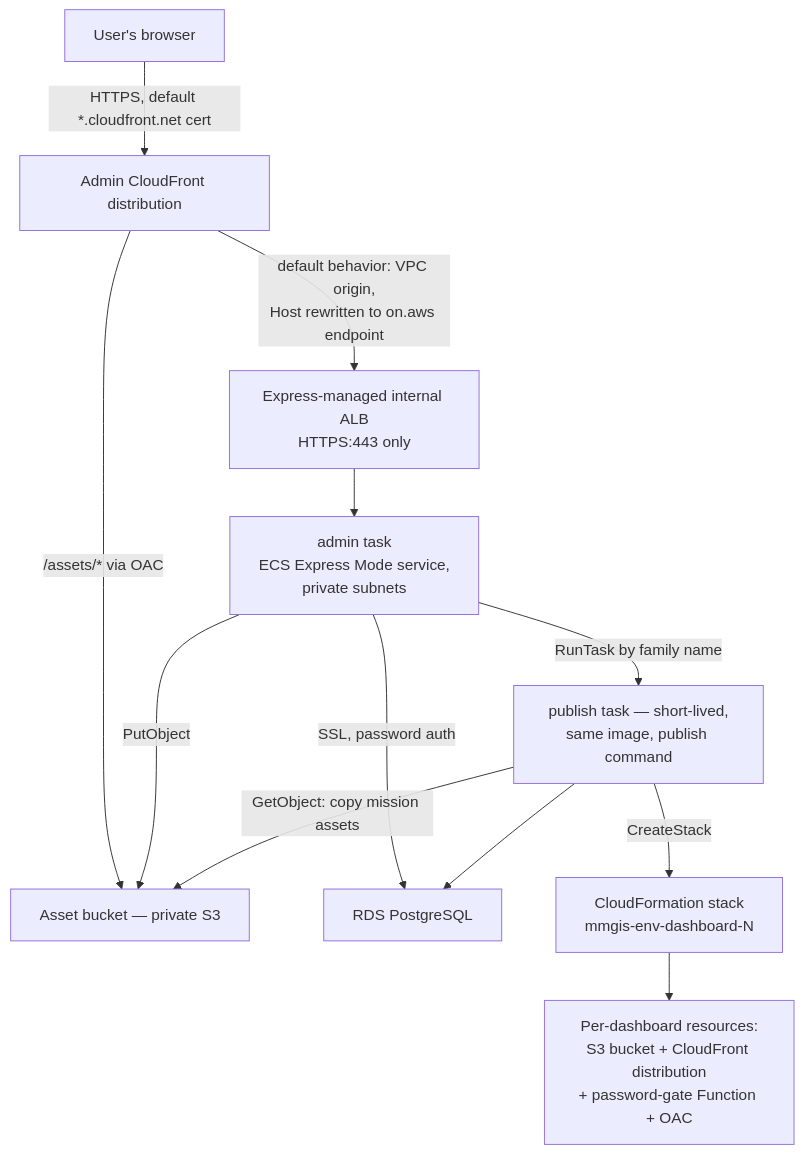
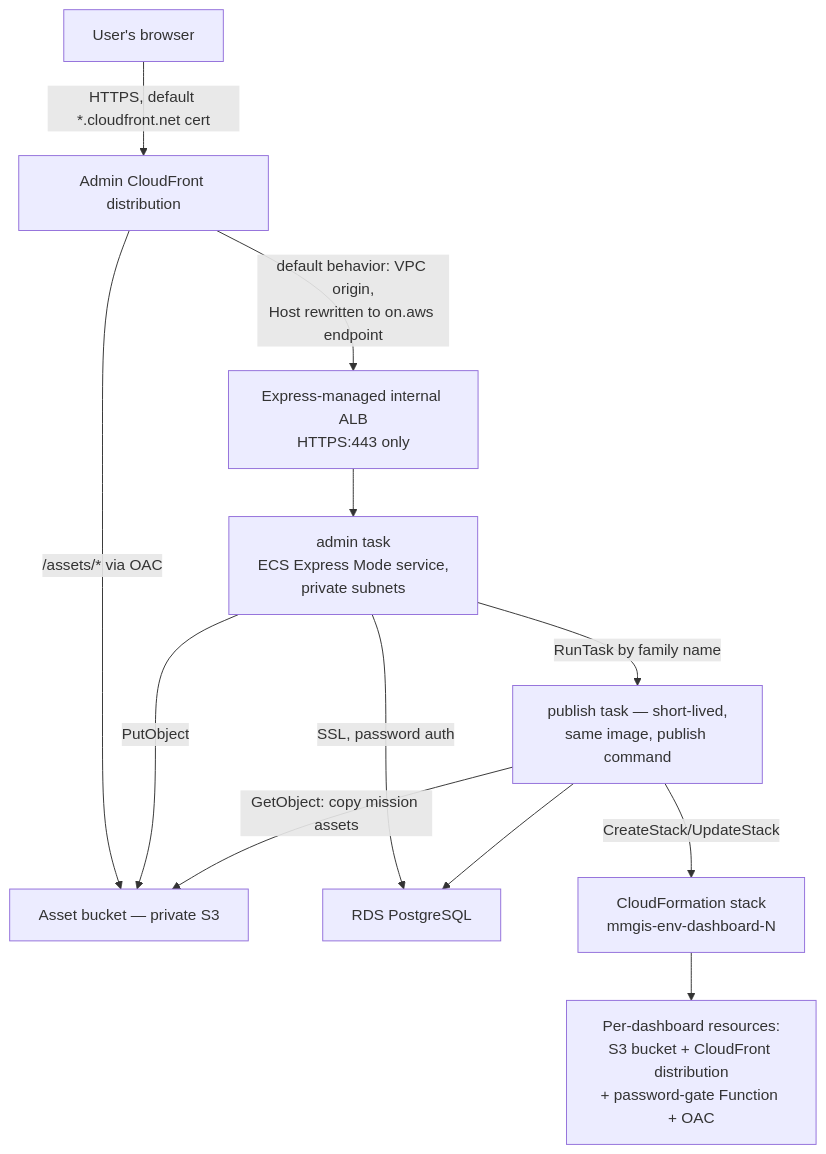
One commit to NASA-IMPACT/MMGIS changed the diagram in docs/infrastructure/aws-environments.md. Above: the diagram before and after it, drawn with Mermaid. The commit also changed 5 other files, not shown here.

````diff
--- a/docs/infrastructure/aws-environments.md
+++ b/docs/infrastructure/aws-environments.md
@@ -9,14 +9,14 @@
 ```mermaid
 flowchart TD
     V["User's browser"] -->|"HTTPS, default *.cloudfront.net cert"| CF["Admin CloudFront distribution"]
     CF -->|"default behavior: VPC origin,<br/>Host rewritten to on.aws endpoint"| ALB["Express-managed internal ALB<br/>HTTPS:443 only"]
     CF -->|"/assets/* via OAC"| AB["Asset bucket — private S3"]
     ALB --> ADMIN["admin task<br/>ECS Express Mode service,<br/>private subnets"]
     ADMIN -->|"SSL, password auth"| RDS["RDS PostgreSQL"]
     ADMIN -->|"RunTask by family name"| PUB["publish task — short-lived,<br/>same image, publish command"]
     ADMIN -->|PutObject| AB
     PUB -->|"GetObject: copy mission assets"| AB
     PUB --> RDS
-    PUB -->|CreateStack| CFN["CloudFormation stack<br/>mmgis-env-dashboard-N"]
+    PUB -->|CreateStack/UpdateStack| CFN["CloudFormation stack<br/>mmgis-env-dashboard-N"]
     CFN --> DASH["Per-dashboard resources:<br/>S3 bucket + CloudFront distribution<br/>+ password-gate Function + OAC"]
 ```
````
